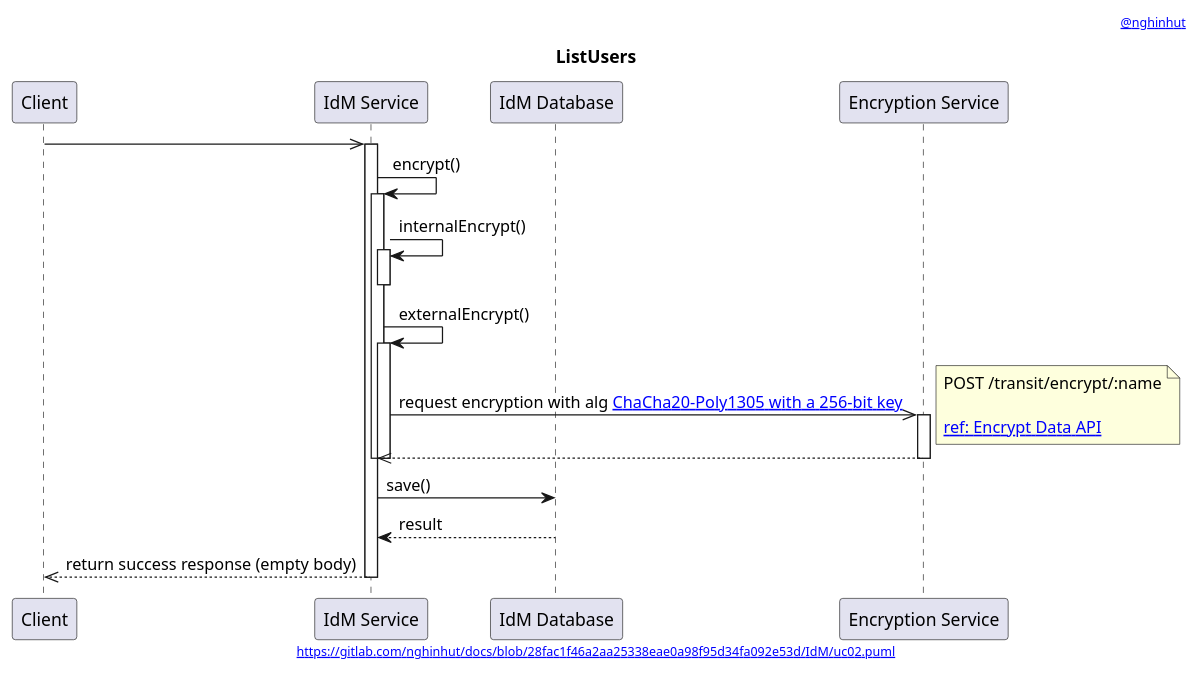
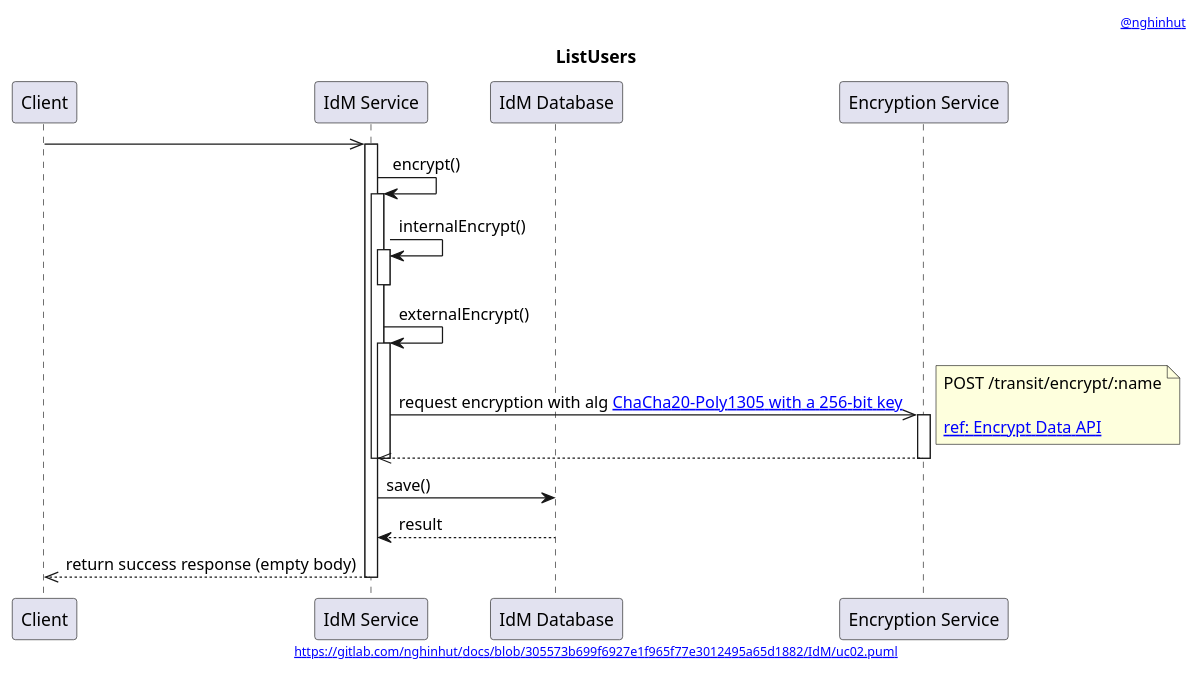
The diagram in IdM/uc02.sequence.puml (nghinhut/docs), drawn with PlantUML before and after one commit. The commit also changed 17 other files, not shown here.

Commit message:
Update diagrams

```diff
--- a/IdM/uc02.sequence.puml
+++ b/IdM/uc02.sequence.puml
@@ -1,43 +1,43 @@
 @startuml
 '-----START auto generated metadata please keep comment here to allow auto update-----
 '-----DON'T EDIT THIS SECTION, INSTEAD RE-RUN prebuild.sh TO UPDATE-----
-header [[www.nghinhut.dev?from=http%5C%3A%5C%2F%5C%2Fwww%5C.plantuml%5C.com%5C%2Fplantuml%5C%2Fproxy%3Ffmt%3Dsvg%5C%26src%3Dhttps%5C%3A%5C%2F%5C%2Fgitlab%5C.com%5C%2Fnghinhut%5C%2Fdocs%5C%2Fraw%5C%2F28fac1f46a2aa25338eae0a98f95d34fa092e53d%5C%2FIdM%5C%2Fuc02%5C.puml%0A @nghinhut]]
-footer [[http://www.plantuml.com/plantuml/proxy?fmt=svg&src=https://gitlab.com/nghinhut/docs/raw/28fac1f46a2aa25338eae0a98f95d34fa092e53d/IdM/uc02.puml https://gitlab.com/nghinhut/docs/blob/28fac1f46a2aa25338eae0a98f95d34fa092e53d/IdM/uc02.puml]]
+header [[www.nghinhut.dev?from=http%5C%3A%5C%2F%5C%2Fwww%5C.plantuml%5C.com%5C%2Fplantuml%5C%2Fproxy%3Ffmt%3Dsvg%5C%26src%3Dhttps%5C%3A%5C%2F%5C%2Fgitlab%5C.com%5C%2Fnghinhut%5C%2Fdocs%5C%2Fraw%5C%2F305573b699f6927e1f965f77e3012495a65d1882%5C%2FIdM%5C%2Fuc02%5C.puml%0A @nghinhut]]
+footer [[http://www.plantuml.com/plantuml/proxy?fmt=svg&src=https://gitlab.com/nghinhut/docs/raw/305573b699f6927e1f965f77e3012495a65d1882/IdM/uc02.puml https://gitlab.com/nghinhut/docs/blob/305573b699f6927e1f965f77e3012495a65d1882/IdM/uc02.puml]]
 '-----END auto generated metadata please keep comment here to allow auto update-----
 title ListUsers
 
 participant "Client" as client
 participant "IdM Service" as idm
 participant "IdM Database" as db
 participant "Encryption Service" as es
 
 client ->> idm
 activate idm
 
 idm -> idm : encrypt()
 activate idm
 idm -> idm : internalEncrypt()
 activate idm
 deactivate idm
 
 idm -> idm : externalEncrypt()
 activate idm
 idm ->> es : request encryption with alg [[https://www.vaultproject.io/docs/secrets/transit/index.html#chacha20-poly1305 ChaCha20-Poly1305 with a 256-bit key]]
 note right
     POST /transit/encrypt/:name
 
     [[https://www.vaultproject.io/api/secret/transit/index.html#encrypt-data ref: Encrypt Data API]]
 end note
 activate es
 idm <<-- es
 deactivate es
 deactivate idm
 deactivate idm
 
 idm -> db : save()
 idm <-- db : result
 
 client <<-- idm : return success response (empty body)
 deactivate idm
 
 @enduml
```
